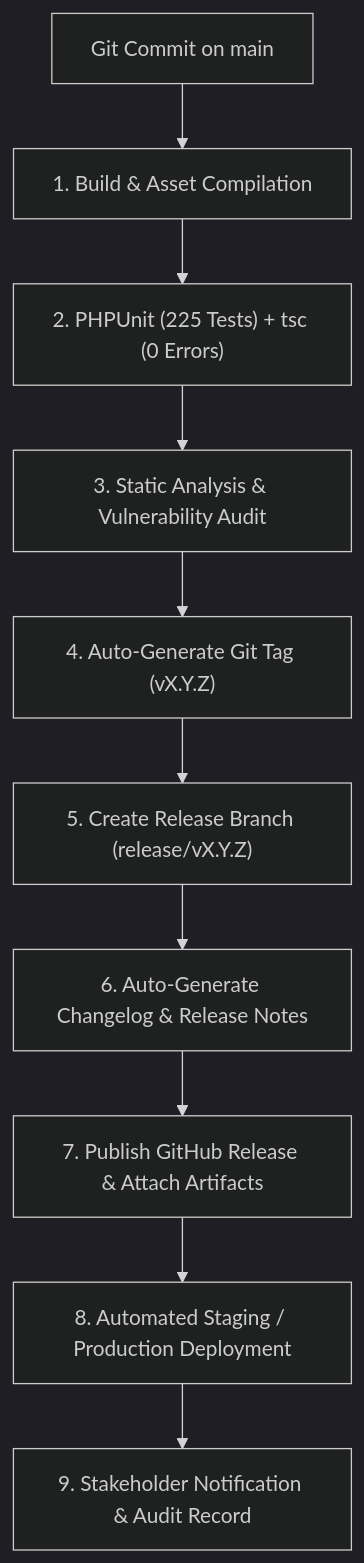
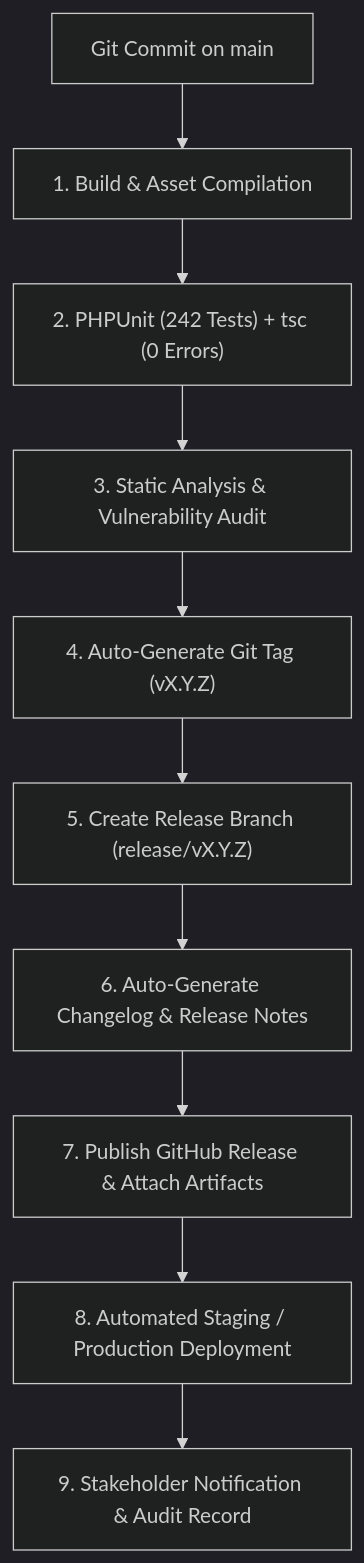
Before and after one commit to developer-somnath/sociosphere: the diagram in docs/ARCHITECTURE_AND_ROADMAP.md, drawn with Mermaid (dark theme). The commit also changed other lines of this file and 85 other files, not shown here.

````diff
--- a/docs/ARCHITECTURE_AND_ROADMAP.md
+++ b/docs/ARCHITECTURE_AND_ROADMAP.md
@@ -34,12 +34,12 @@
 ```mermaid
 flowchart TD
     Commit["Git Commit on main"] --> CI_Build["1. Build & Asset Compilation"]
-    CI_Build --> CI_Test["2. PHPUnit (225 Tests) + tsc (0 Errors)"]
+    CI_Build --> CI_Test["2. PHPUnit (242 Tests) + tsc (0 Errors)"]
     CI_Test --> CI_Security["3. Static Analysis & Vulnerability Audit"]
     CI_Security --> CI_Tag["4. Auto-Generate Git Tag (vX.Y.Z)"]
     CI_Tag --> CI_Branch["5. Create Release Branch (release/vX.Y.Z)"]
     CI_Branch --> CI_Changelog["6. Auto-Generate Changelog & Release Notes"]
     CI_Changelog --> CI_GitHub["7. Publish GitHub Release & Attach Artifacts"]
     CI_GitHub --> CI_Deploy["8. Automated Staging / Production Deployment"]
     CI_Deploy --> CI_Notify["9. Stakeholder Notification & Audit Record"]
 ```
````
